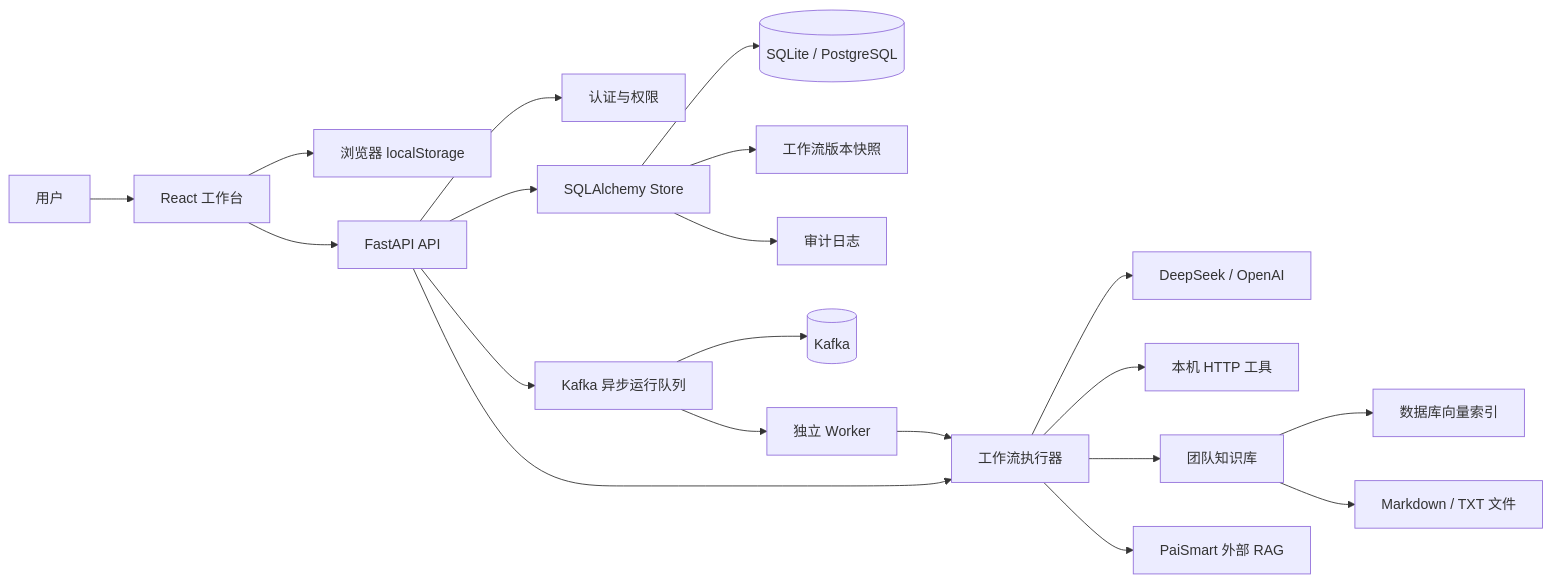
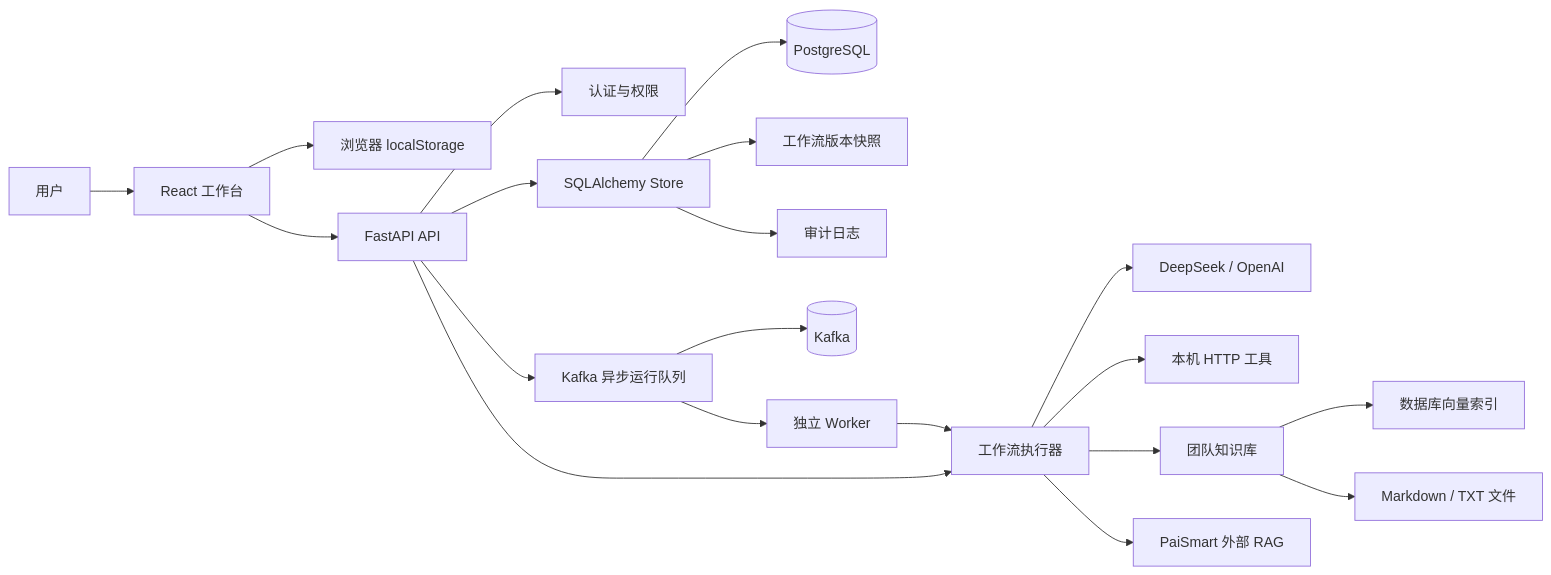
Before and after one commit to 996963759/workflow-studio: the first of 3 diagrams in docs/architecture.md, drawn with Mermaid. The commit also changed other lines of this file and 22 other files, not shown here.

First line of the commit message:
refactor: standardize runtime on PostgreSQL

````diff
--- a/docs/architecture.md
+++ b/docs/architecture.md
@@ -5,22 +5,22 @@
 ```mermaid
 flowchart LR
   User[用户] --> UI[React 工作台]
   UI --> Local[浏览器 localStorage]
   UI --> API[FastAPI API]
   API --> Auth[认证与权限]
   API --> Store[SQLAlchemy Store]
-  Store --> DB[(SQLite / PostgreSQL)]
+  Store --> DB[(PostgreSQL)]
   Store --> Versions[工作流版本快照]
   Store --> Audit[审计日志]
   API --> Jobs[Kafka 异步运行队列]
   Jobs --> Kafka[(Kafka)]
   Jobs --> Worker[独立 Worker]
   Worker --> Runner[工作流执行器]
   API --> Runner
   Runner --> LLM[DeepSeek / OpenAI]
   Runner --> Tool[本机 HTTP 工具]
   Runner --> KB[团队知识库]
   KB --> Vector[数据库向量索引]
   KB --> Files[Markdown / TXT 文件]
   Runner --> PaiSmart[PaiSmart 外部 RAG]
 ```
````
